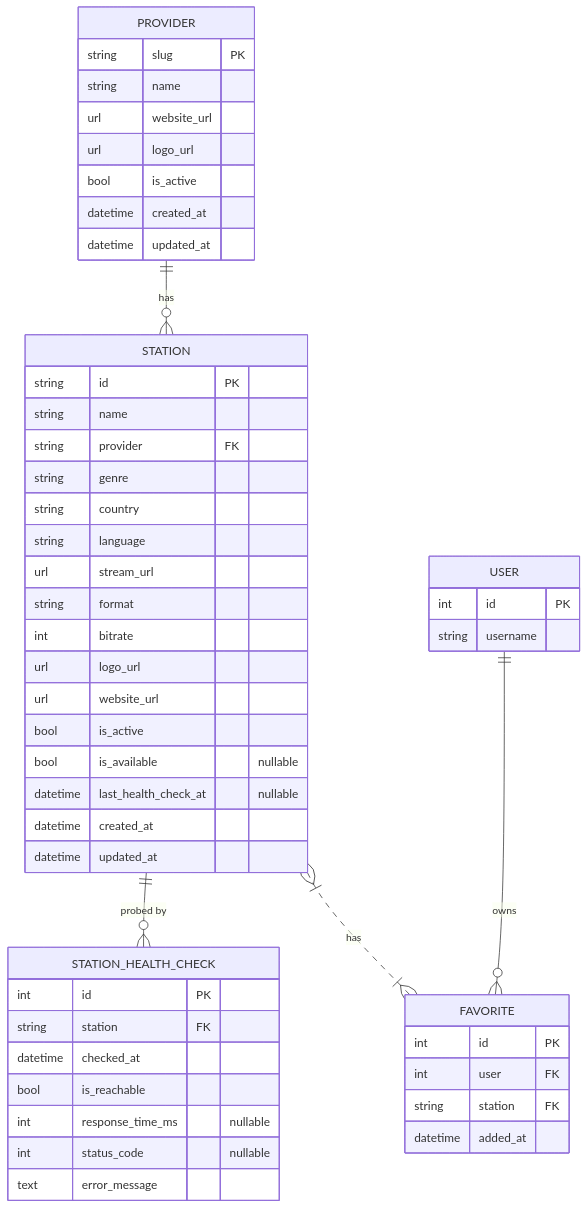
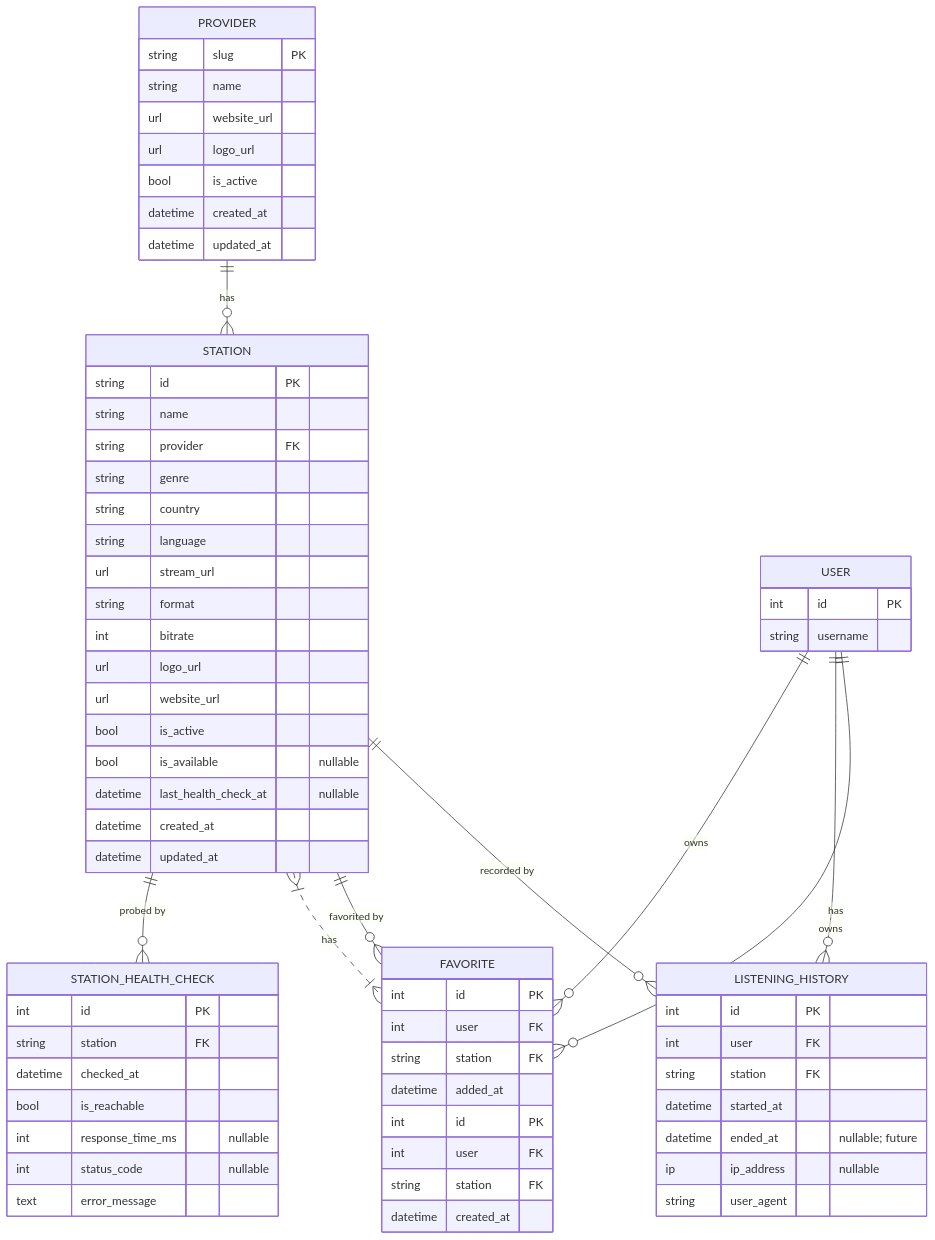
Before and after one commit to rahim8050/Farm-Intelligence-Platform: the diagram in docs/architecture/radio/05_data_model.md, drawn with Mermaid. The commit also changed other lines of this file and 15 other files, not shown here.

First line of the commit message:
feat(radio): add per-user favorites and listening history (Phase 3)

````diff
--- a/docs/architecture/radio/05_data_model.md
+++ b/docs/architecture/radio/05_data_model.md
@@ -258,6 +294,9 @@
 
     PROVIDER ||--o{ STATION : "has"
 
+    USER ||--o{ FAVORITE : "owns"
+    USER ||--o{ LISTENING_HISTORY : "has"
+
     STATION }|..|{ FAVORITE : "has"
     USER ||--o{ FAVORITE : "owns"
 
@@ -272,4 +311,24 @@
         int id PK
         string username
     }
+
+    FAVORITE {
+        int id PK
+        int user FK
+        string station FK
+        datetime created_at
+    }
+
+    LISTENING_HISTORY {
+        int id PK
+        int user FK
+        string station FK
+        datetime started_at
+        datetime ended_at "nullable; future"
+        ip ip_address "nullable"
+        string user_agent
+    }
+
+    STATION ||--o{ FAVORITE : "favorited by"
+    STATION ||--o{ LISTENING_HISTORY : "recorded by"
 ```
````
